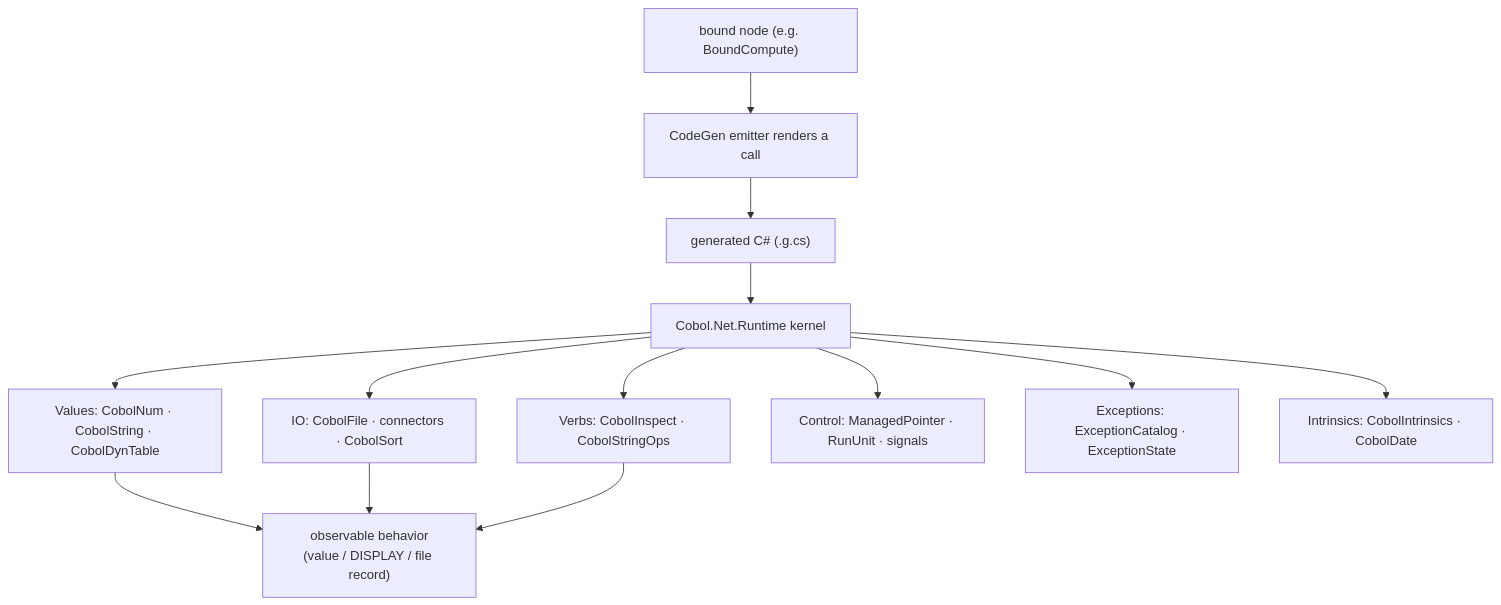
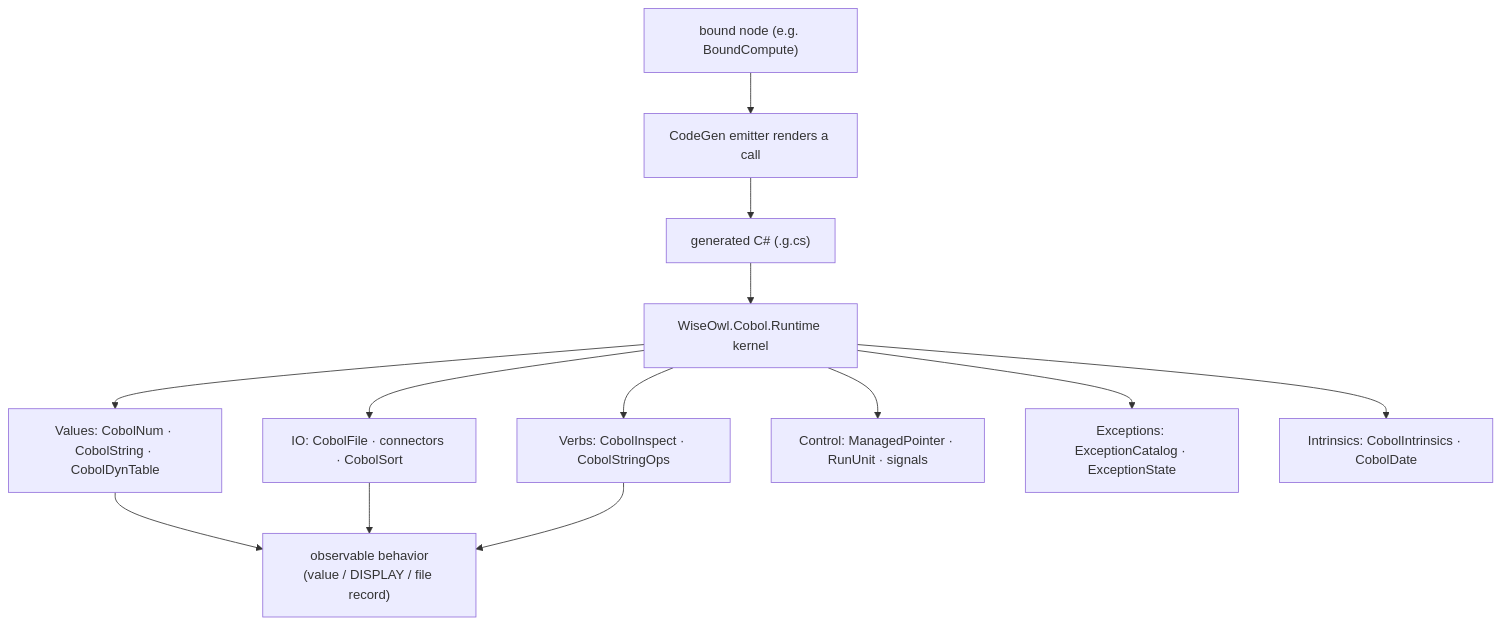
Before and after one commit to WiseOwlSoftware/COBOL: the first of 2 diagrams in kb/Diagrams/Runtime Behavior Flow.md, drawn with Mermaid. The commit also changed other lines of this file and 6894 other files, not shown here.

````diff
--- a/kb/Diagrams/Runtime Behavior Flow.md
+++ b/kb/Diagrams/Runtime Behavior Flow.md
@@ -18,15 +18,15 @@
 ```mermaid
 flowchart TD
     BT["bound node (e.g. BoundCompute)"] --> EMIT["CodeGen emitter renders a call"]
     EMIT --> CS["generated C# (.g.cs)"]
-    CS --> RT["Cobol.Net.Runtime kernel"]
+    CS --> RT["WiseOwl.Cobol.Runtime kernel"]
     RT --> NUM["Values: CobolNum · CobolString · CobolDynTable"]
     RT --> VERB["Verbs: CobolInspect · CobolStringOps"]
     RT --> IOK["IO: CobolFile · connectors · CobolSort"]
     RT --> CTL["Control: ManagedPointer · RunUnit · signals"]
     RT --> EXC["Exceptions: ExceptionCatalog · ExceptionState"]
     RT --> INT["Intrinsics: CobolIntrinsics · CobolDate"]
     NUM --> OUT["observable behavior\n(value / DISPLAY / file record)"]
     IOK --> OUT
     VERB --> OUT
 ```
````
